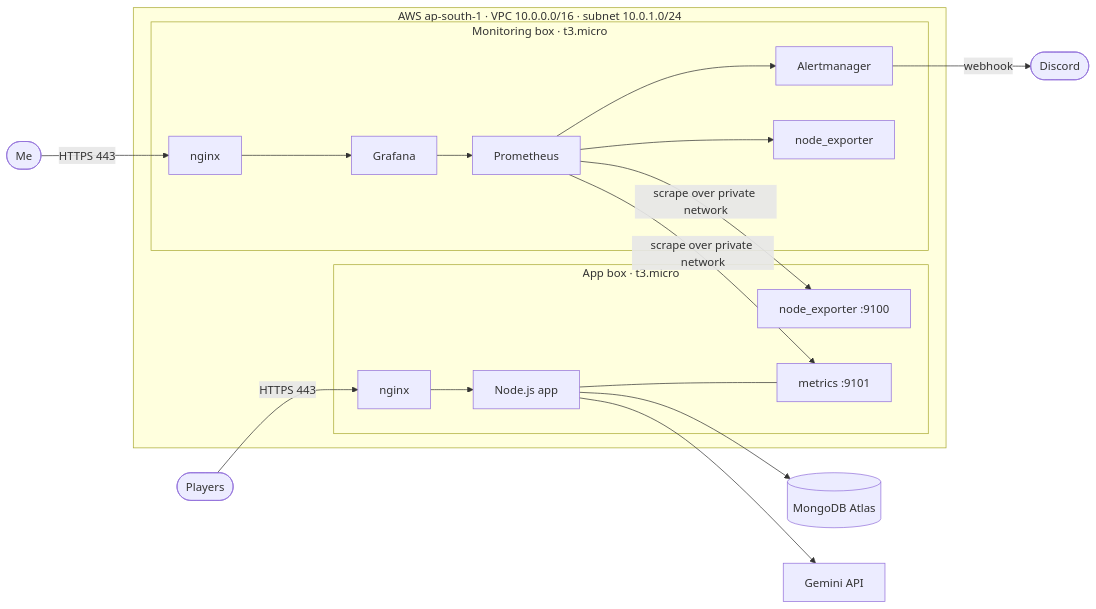
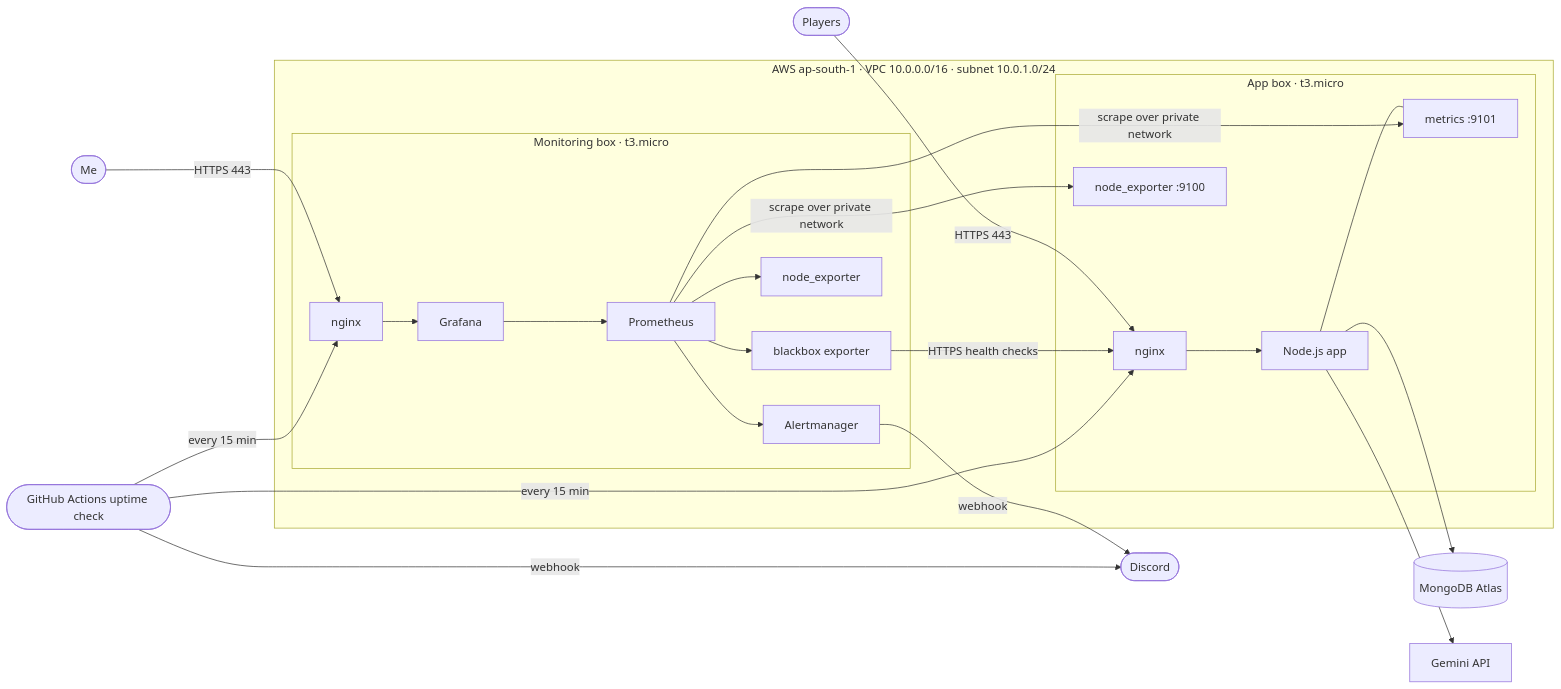
One commit to Utkarsh-262003/battleroom changed the first of 2 diagrams in README.md. Above: the diagram before and after it, drawn with Mermaid. The commit also changed other lines of this file and 38 other files, not shown here.

First line of the commit message:
Harden sockets and auth, add tests, outside health checks and safer deploys

````diff
--- a/README.md
+++ b/README.md
@@ -36,26 +36,32 @@
 ```mermaid
 flowchart LR
     Players([Players]) -->|HTTPS 443| N1
     Admin([Me]) -->|HTTPS 443| N2
 
     subgraph AWS["AWS ap-south-1 · VPC 10.0.0.0/16 · subnet 10.0.1.0/24"]
         subgraph APP["App box · t3.micro"]
             N1[nginx] --> A[Node.js app]
             NE1[node_exporter :9100]
             A --- M1[metrics :9101]
         end
         subgraph MON["Monitoring box · t3.micro"]
             N2[nginx] --> G[Grafana]
             G --> P[Prometheus]
             P --> AM[Alertmanager]
+            P --> BB[blackbox exporter]
             NE2[node_exporter]
         end
     end
+
+    BB -->|HTTPS health checks| N1
+    UP([GitHub Actions uptime check]) -->|every 15 min| N1
+    UP -->|every 15 min| N2
+    UP -->|webhook| D
 
     P -->|scrape over private network| NE1
     P -->|scrape over private network| M1
     P --> NE2
     A --> DB[(MongoDB Atlas)]
     A --> AI[Gemini API]
     AM -->|webhook| D([Discord])
 ```
````
